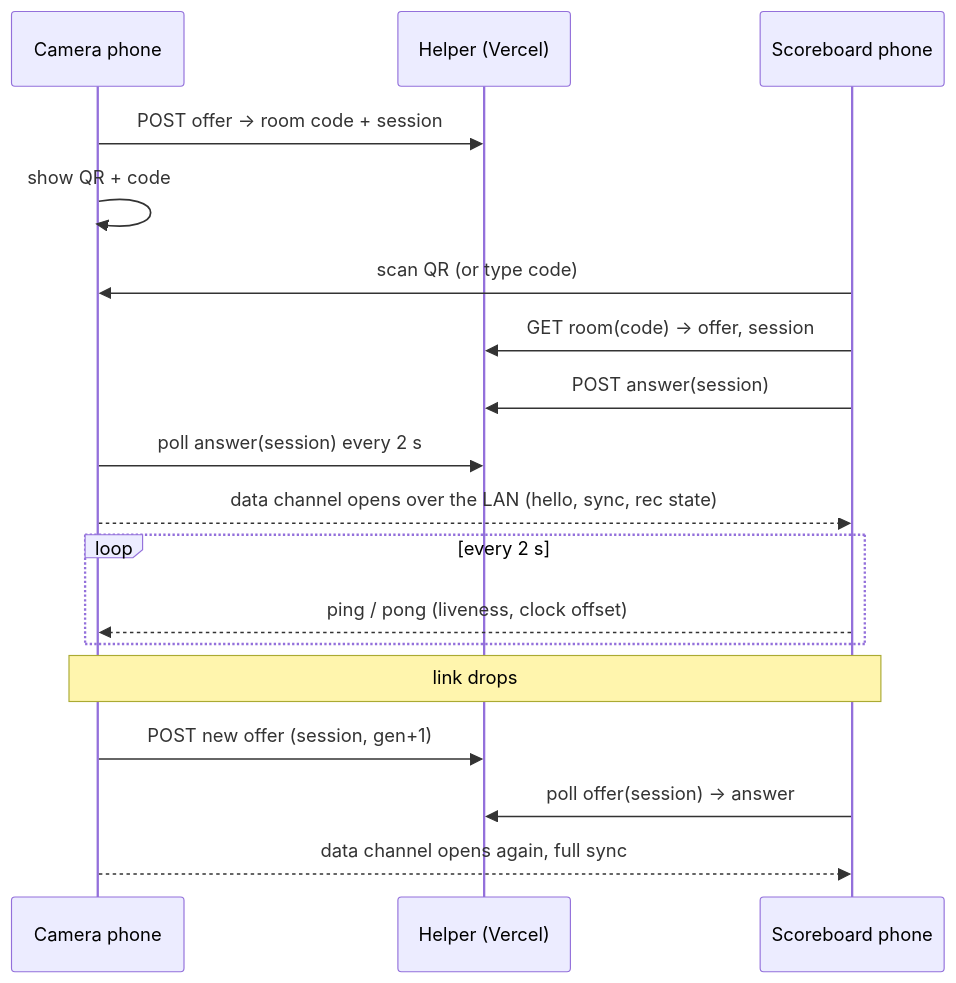
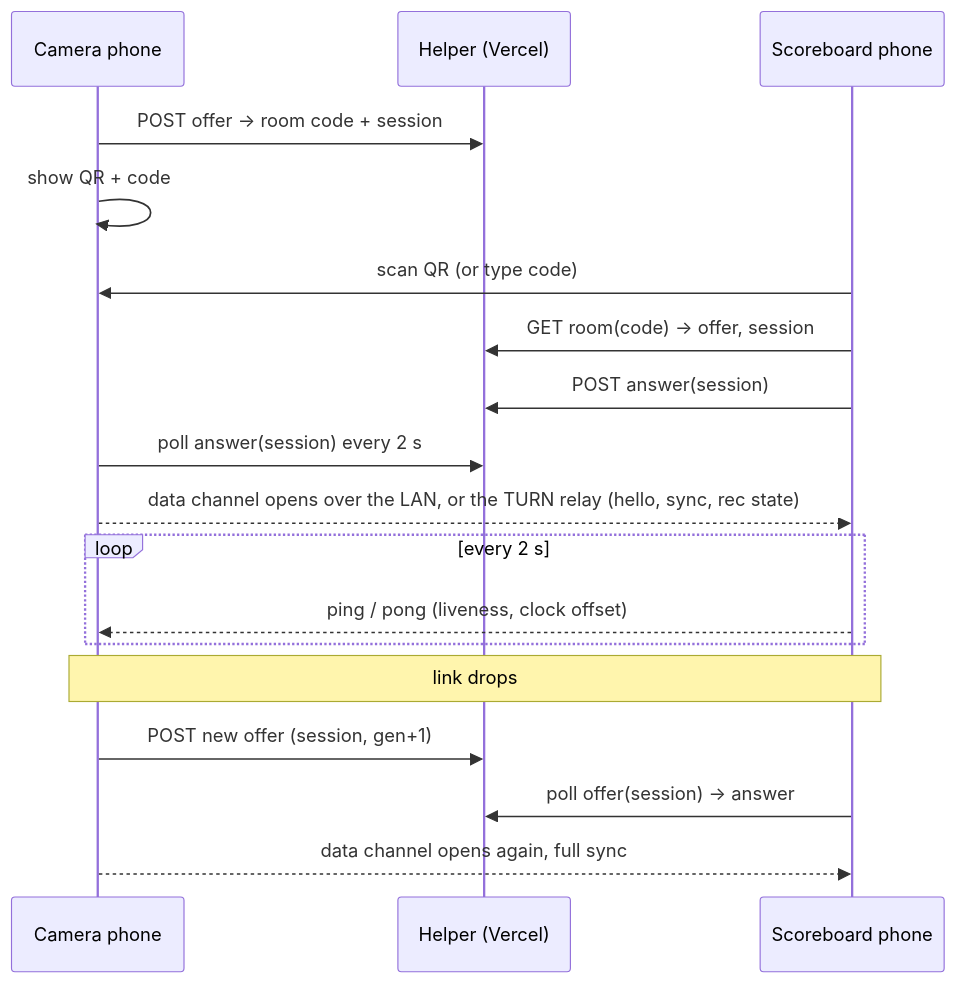
The second of 3 diagrams in docs/ux-design.md (adisak1618/Badminton-replay), drawn with Mermaid before and after one commit. The commit also changed other lines of this file and 20 other files, not shown here.

````diff
--- a/docs/ux-design.md
+++ b/docs/ux-design.md
@@ -361,20 +361,20 @@
 ```mermaid
 sequenceDiagram
   participant Cam as Camera phone
   participant H as Helper (Vercel)
   participant Sb as Scoreboard phone
   Cam->>H: POST offer -> room code + session
   Cam->>Cam: show QR + code
   Sb->>Cam: scan QR (or type code)
   Sb->>H: GET room(code) -> offer, session
   Sb->>H: POST answer(session)
   Cam->>H: poll answer(session) every 2 s
-  Cam-->>Sb: data channel opens over the LAN (hello, sync, rec state)
+  Cam-->>Sb: data channel opens over the LAN, or the TURN relay (hello, sync, rec state)
   loop every 2 s
     Sb-->>Cam: ping / pong (liveness, clock offset)
   end
   Note over Cam,Sb: link drops
   Cam->>H: POST new offer (session, gen+1)
   Sb->>H: poll offer(session) -> answer
   Cam-->>Sb: data channel opens again, full sync
 ```
````
